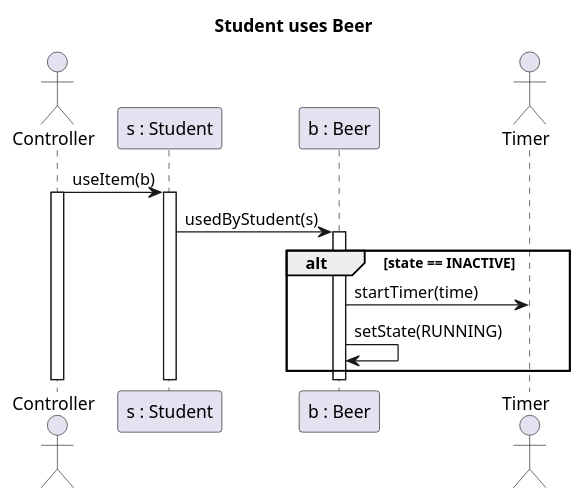
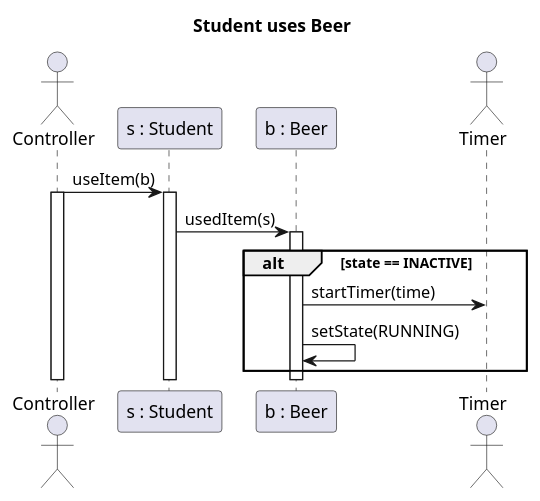
The diagram in Reko/beer.plantuml (MBakter/echo), drawn with PlantUML before and after one commit. The commit also changed 1 other file, not shown here.

```diff
--- a/Reko/beer.plantuml
+++ b/Reko/beer.plantuml
@@ -1,24 +1,24 @@
 @startuml Student uses Beer
 title Student uses Beer
 
 actor Controller as C
 participant "s : Student" as s
 participant "b : Beer" as b
 actor Timer as t
 
 C -> s : useItem(b)
 Activate C
 Activate s
-s -> b : usedByStudent(s)
+s -> b : usedItem(s)
 Activate b
 alt state == INACTIVE
 b -> t : startTimer(time)
 b -> b : setState(RUNNING)
 
 
 end
 Deactivate b
 Deactivate s
 Deactivate C
 
 @enduml
```
